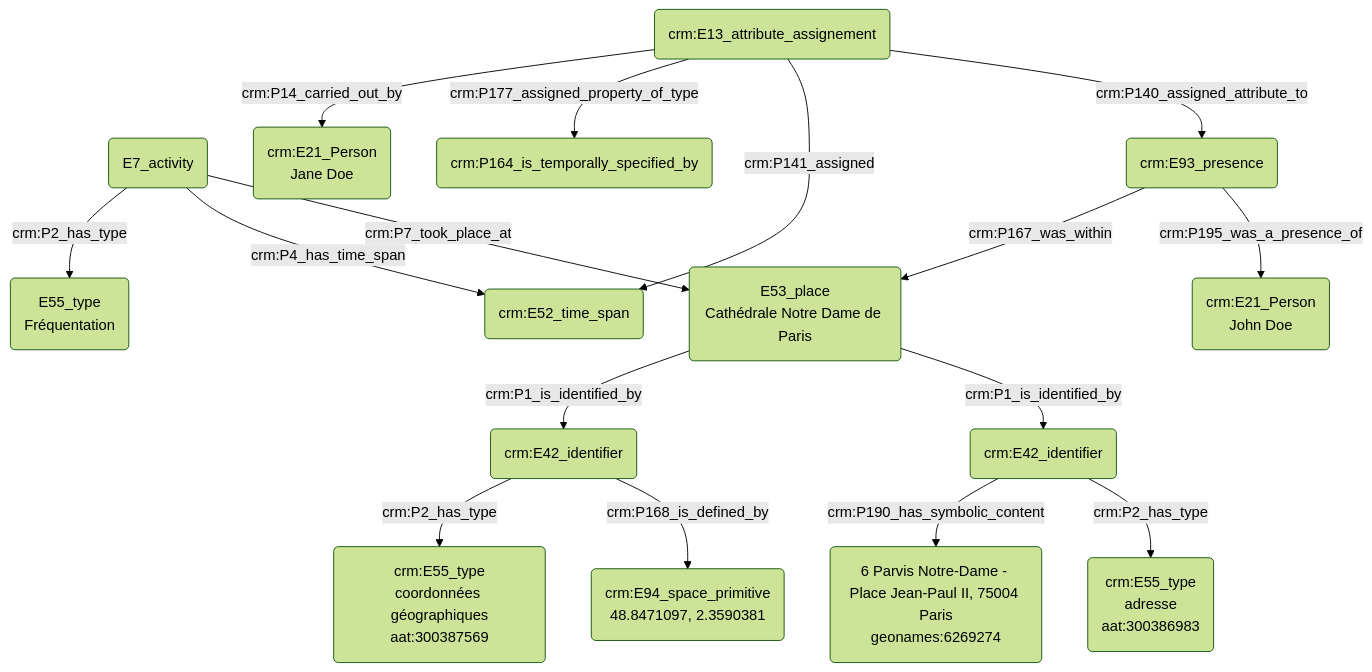
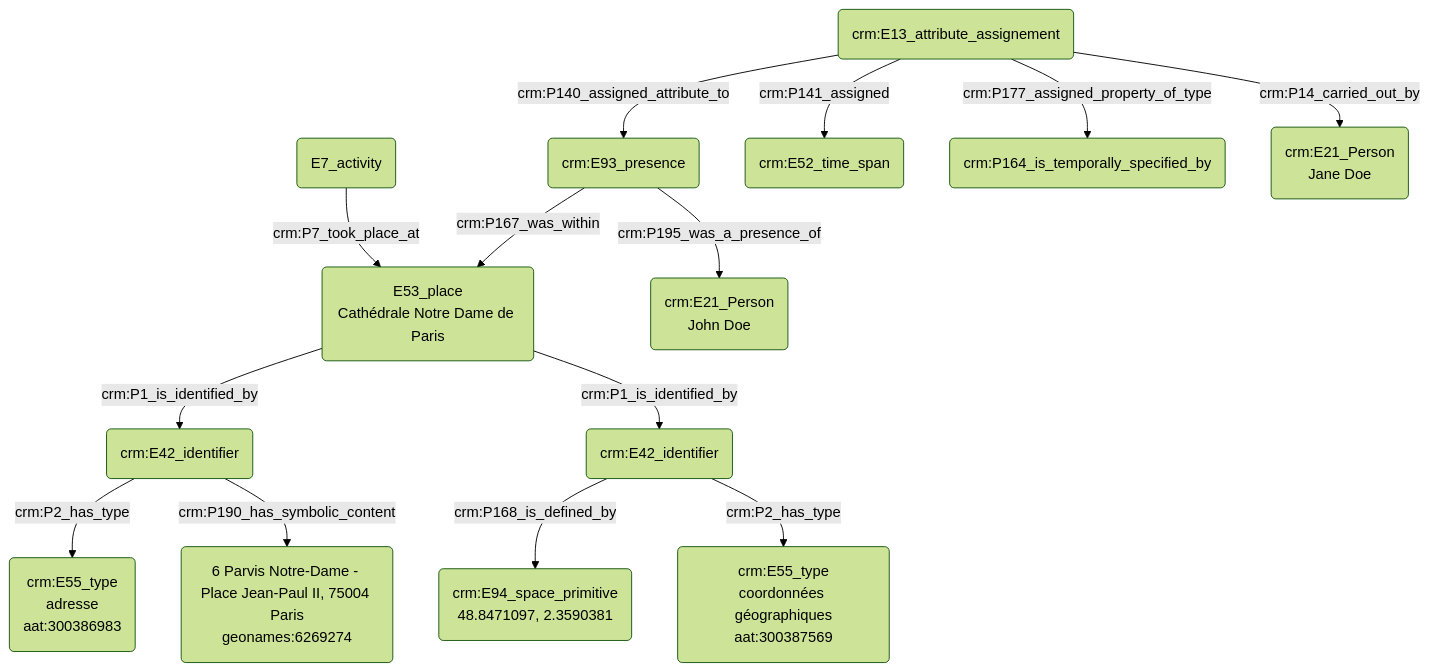
Before and after one commit to Amleth/consortium-musica2-gt2-ontologies: the diagram in modules/livrables/Dossier 2/Prosopographie/fréquentation d'un lieu à un instant donné.md, drawn with Mermaid (forest theme).

Commit message:
Update fréquentation d'un lieu à un instant donné.md

````diff
--- a/modules/livrables/Dossier 2/Prosopographie/fréquentation d'un lieu à un instant donné.md
+++ b/modules/livrables/Dossier 2/Prosopographie/fréquentation d'un lieu à un instant donné.md
@@ -17,25 +17,23 @@
 ```mermaid
 graph TD;
 
 
 
 B(E7_activity) -->|crm:P7_took_place_at| I(E53_place<br>Cathédrale Notre Dame de Paris)
 I(E53_place<br>Cathédrale Notre Dame de Paris) --> |crm:P1_is_identified_by| M(crm:E42_identifier)
 M(crm:E42_identifier) --> |crm:P2_has_type| K(crm:E55_type<br>adresse<br>aat:300386983)
 M(crm:E42_identifier) --> |crm:P190_has_symbolic_content| N(6 Parvis Notre-Dame - Place Jean-Paul II, 75004 Paris<br>geonames:6269274)
 I(E53_place<br>Cathédrale Notre Dame de Paris) --> |crm:P1_is_identified_by| X(crm:E42_identifier)
 X(crm:E42_identifier) --> |crm:P168_is_defined_by| L(crm:E94_space_primitive<br>48.8471097, 2.3590381)
 X(crm:E42_identifier) --> |crm:P2_has_type| Y(crm:E55_type<br>coordonnées géographiques<br>aat:300387569)
 
-B(E7_activity) --> |crm:P4_has_time_span| D(crm:E52_time_span<br>Date ISO 8601)
-B(E7_activity) -->|crm:P2_has_type| C(E55_type<br>Fréquentation)
 
 U(crm:E13_attribute_assignement) --> |crm:P140_assigned_attribute_to| R(crm:E93_presence)
 U(crm:E13_attribute_assignement) --> |crm:P141_assigned| D(crm:E52_time_span)
 U(crm:E13_attribute_assignement) --> |crm:P177_assigned_property_of_type| S(crm:P164_is_temporally_specified_by)
 U(crm:E13_attribute_assignement) --> |crm:P14_carried_out_by| V(crm:E21_Person<br>Jane Doe)
 
 R(crm:E93_presence) --> |crm:P195_was_a_presence_of| A(crm:E21_Person<br>John Doe)
 R(crm:E93_presence) --> |crm:P167_was_within| I(E53_place<br>Cathédrale Notre Dame de Paris)
 
 ```
````
